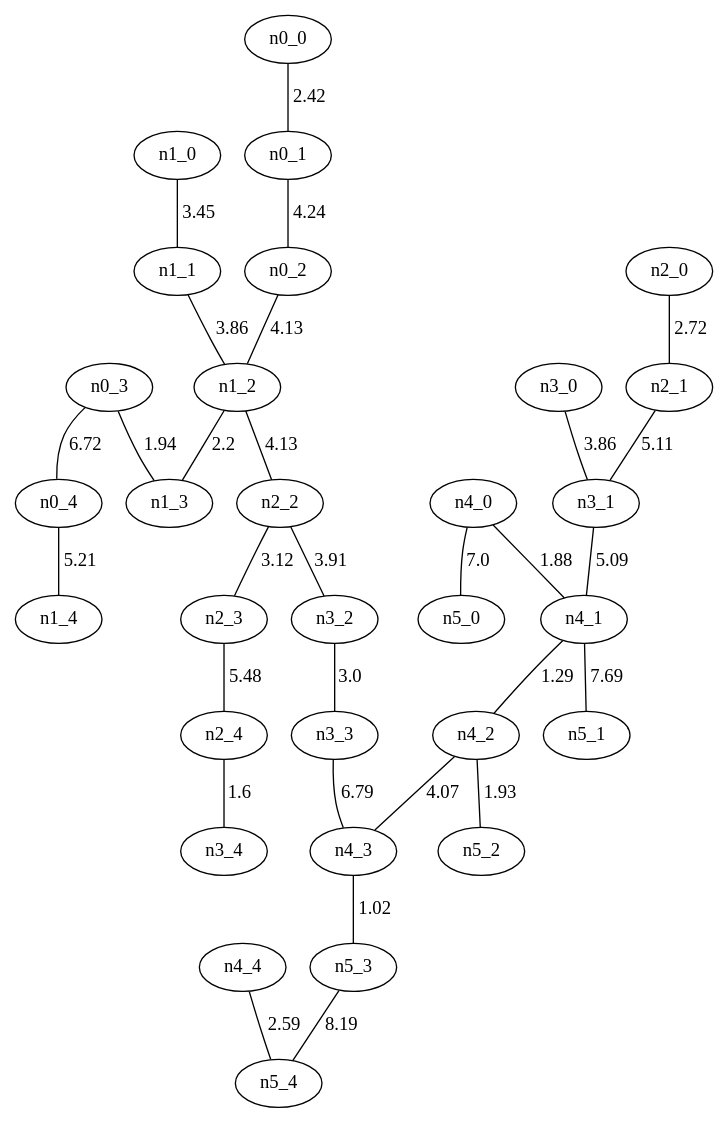
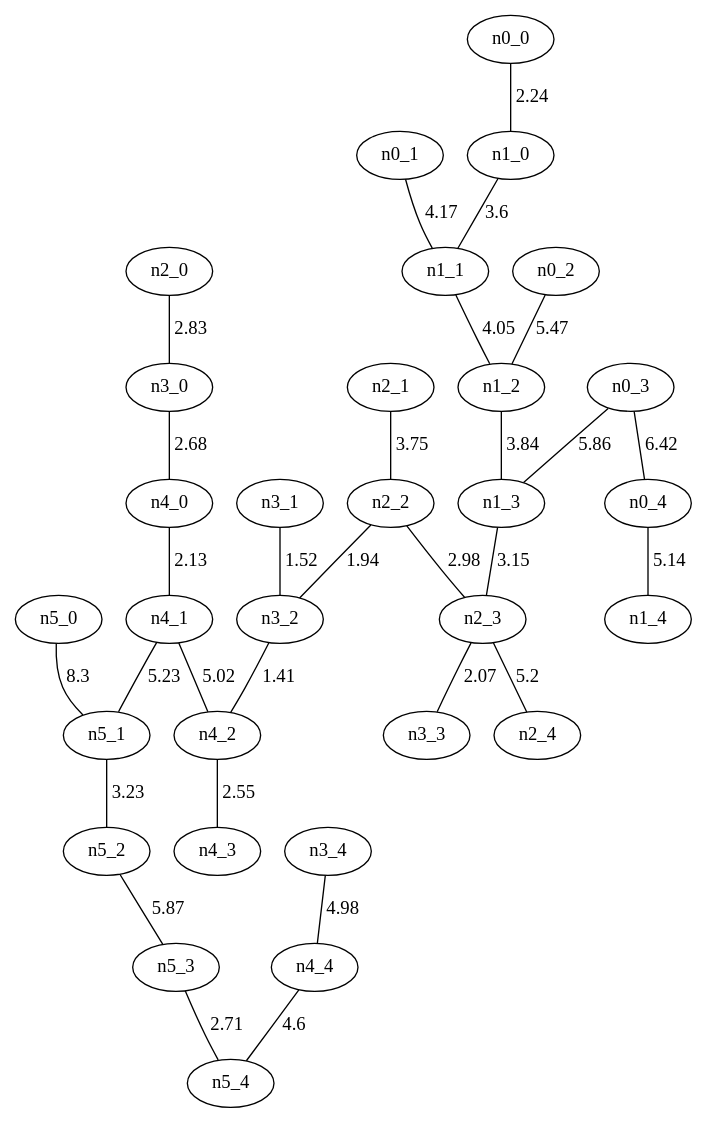
One commit to FranciscoMGL/Proyecto-Algoritmos changed the diagram in KruskalD_malla_30.gv. Above: the diagram before and after it, drawn with Graphviz. The commit also changed 58 other files, not shown here.

```diff
--- a/KruskalD_malla_30.gv
+++ b/KruskalD_malla_30.gv
@@ -1,61 +1,61 @@
 graph G {
-  "n1_4";
-  "n4_4";
-  "n3_4";
-  "n1_2";
+  "n2_0";
+  "n5_4";
+  "n1_3";
+  "n5_2";
   "n5_0";
   "n4_3";
-  "n1_0";
-  "n3_0";
-  "n5_1";
-  "n5_4";
-  "n2_0";
-  "n1_1";
+  "n1_4";
   "n5_3";
-  "n5_2";
-  "n2_1";
-  "n2_3";
-  "n2_2";
-  "n3_3";
-  "n1_3";
-  "n4_0";
-  "n0_4";
-  "n4_2";
-  "n3_1";
-  "n0_1";
+  "n0_0";
   "n0_2";
   "n3_2";
-  "n0_0";
+  "n2_3";
   "n0_3";
+  "n3_0";
+  "n2_2";
+  "n3_4";
+  "n5_1";
+  "n3_1";
+  "n1_1";
+  "n1_2";
+  "n0_1";
+  "n3_3";
+  "n4_1";
+  "n2_1";
+  "n4_2";
+  "n1_0";
+  "n0_4";
   "n2_4";
-  "n4_1";
-  "n4_3" -- "n5_3" [label="1.02"];
-  "n4_1" -- "n4_2" [label="1.29"];
-  "n2_4" -- "n3_4" [label="1.6"];
-  "n4_0" -- "n4_1" [label="1.88"];
-  "n4_2" -- "n5_2" [label="1.93"];
-  "n0_3" -- "n1_3" [label="1.94"];
-  "n1_2" -- "n1_3" [label="2.2"];
-  "n0_0" -- "n0_1" [label="2.42"];
-  "n4_4" -- "n5_4" [label="2.59"];
-  "n2_0" -- "n2_1" [label="2.72"];
-  "n3_2" -- "n3_3" [label="3.0"];
-  "n2_2" -- "n2_3" [label="3.12"];
-  "n1_0" -- "n1_1" [label="3.45"];
-  "n3_0" -- "n3_1" [label="3.86"];
-  "n1_1" -- "n1_2" [label="3.86"];
-  "n2_2" -- "n3_2" [label="3.91"];
-  "n4_2" -- "n4_3" [label="4.07"];
-  "n1_2" -- "n2_2" [label="4.13"];
-  "n0_2" -- "n1_2" [label="4.13"];
-  "n0_1" -- "n0_2" [label="4.24"];
-  "n3_1" -- "n4_1" [label="5.09"];
-  "n2_1" -- "n3_1" [label="5.11"];
-  "n0_4" -- "n1_4" [label="5.21"];
-  "n2_3" -- "n2_4" [label="5.48"];
-  "n0_3" -- "n0_4" [label="6.72"];
-  "n3_3" -- "n4_3" [label="6.79"];
-  "n4_0" -- "n5_0" [label="7.0"];
-  "n4_1" -- "n5_1" [label="7.69"];
-  "n5_3" -- "n5_4" [label="8.19"];
+  "n4_0";
+  "n4_4";
+  "n3_2" -- "n4_2" [label="1.41"];
+  "n3_1" -- "n3_2" [label="1.52"];
+  "n2_2" -- "n3_2" [label="1.94"];
+  "n2_3" -- "n3_3" [label="2.07"];
+  "n4_0" -- "n4_1" [label="2.13"];
+  "n0_0" -- "n1_0" [label="2.24"];
+  "n4_2" -- "n4_3" [label="2.55"];
+  "n3_0" -- "n4_0" [label="2.68"];
+  "n5_3" -- "n5_4" [label="2.71"];
+  "n2_0" -- "n3_0" [label="2.83"];
+  "n2_2" -- "n2_3" [label="2.98"];
+  "n1_3" -- "n2_3" [label="3.15"];
+  "n5_1" -- "n5_2" [label="3.23"];
+  "n1_0" -- "n1_1" [label="3.6"];
+  "n2_1" -- "n2_2" [label="3.75"];
+  "n1_2" -- "n1_3" [label="3.84"];
+  "n1_1" -- "n1_2" [label="4.05"];
+  "n0_1" -- "n1_1" [label="4.17"];
+  "n4_4" -- "n5_4" [label="4.6"];
+  "n3_4" -- "n4_4" [label="4.98"];
+  "n4_1" -- "n4_2" [label="5.02"];
+  "n0_4" -- "n1_4" [label="5.14"];
+  "n2_3" -- "n2_4" [label="5.2"];
+  "n4_1" -- "n5_1" [label="5.23"];
+  "n0_2" -- "n1_2" [label="5.47"];
+  "n0_3" -- "n1_3" [label="5.86"];
+  "n5_2" -- "n5_3" [label="5.87"];
+  "n0_3" -- "n0_4" [label="6.42"];
+  "n5_0" -- "n5_1" [label="8.3"];
 }
```
